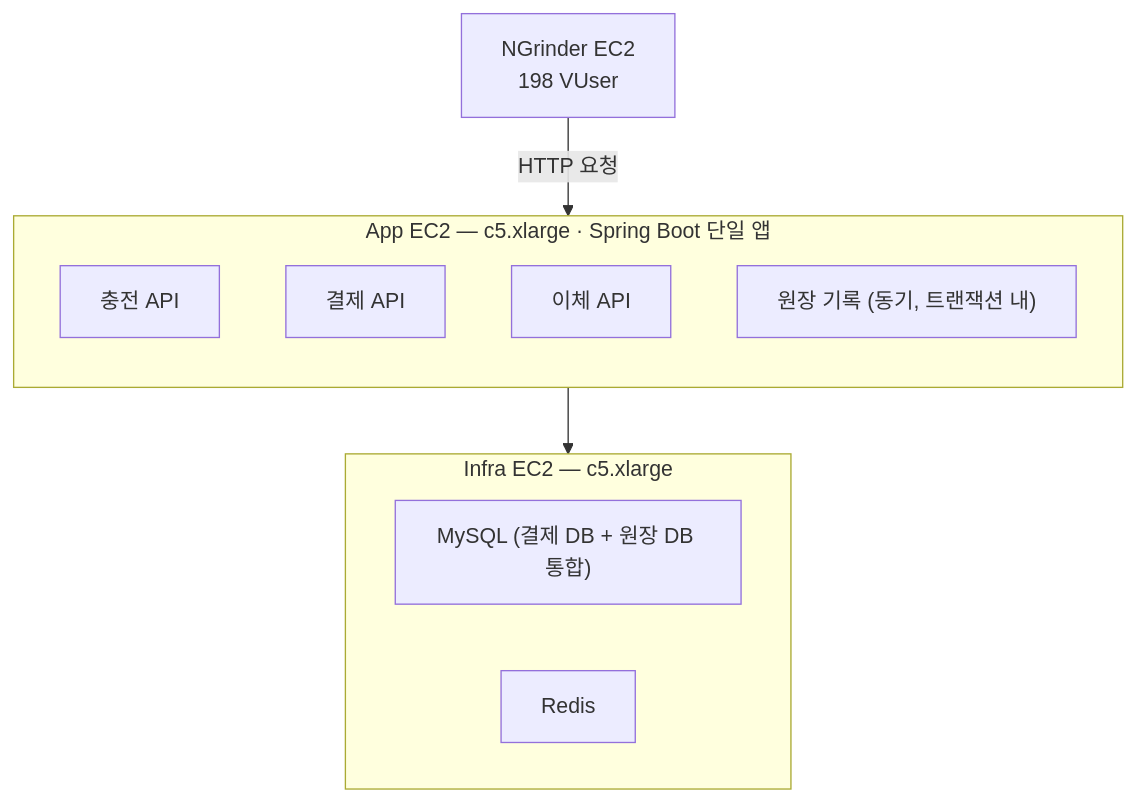
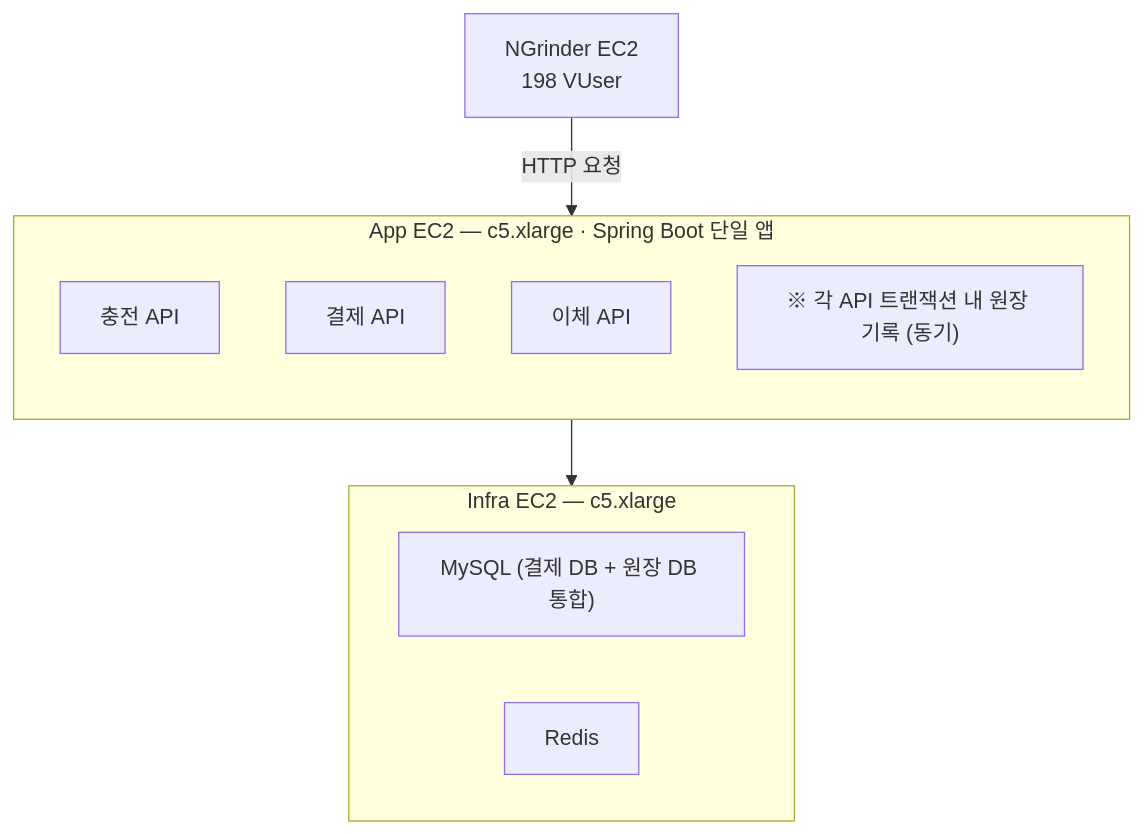
Before and after one commit to JuyeopJang/j-pay: the first of 2 diagrams in README.md, drawn with Mermaid.

Commit message:
docs: 모놀리식 다이어그램 원장 기록 표현 방식 개선

````diff
--- a/README.md
+++ b/README.md
@@ -21,21 +21,21 @@
 ```mermaid
 flowchart TD
     NGrinder["NGrinder EC2\n198 VUser"]
 
     NGrinder -->|HTTP 요청| App
 
     subgraph App["App EC2 — c5.xlarge · Spring Boot 단일 앱"]
         direction TB
         Charge[충전 API]
         Pay[결제 API]
         Transfer[이체 API]
-        Ledger["원장 기록 (동기, 트랜잭션 내)"]
+        Note["※ 각 API 트랜잭션 내 원장 기록 (동기)"]
     end
 
     App --> Infra
 
     subgraph Infra["Infra EC2 — c5.xlarge"]
         MySQL["MySQL (결제 DB + 원장 DB 통합)"]
         Redis[Redis]
     end
 ```
````
